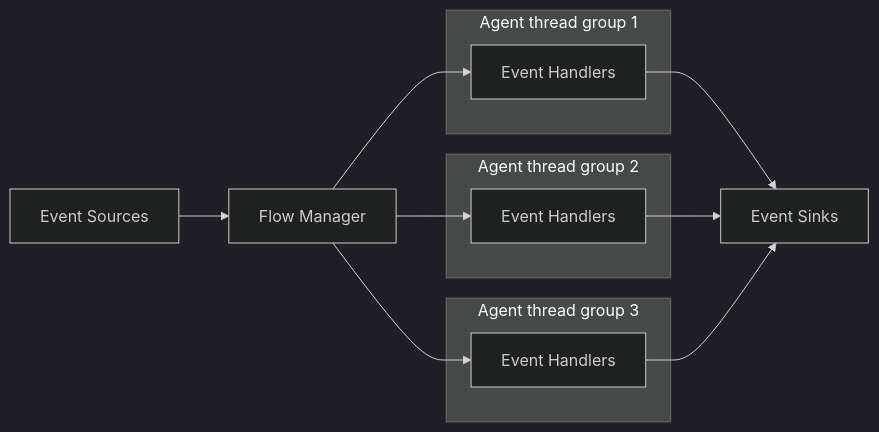
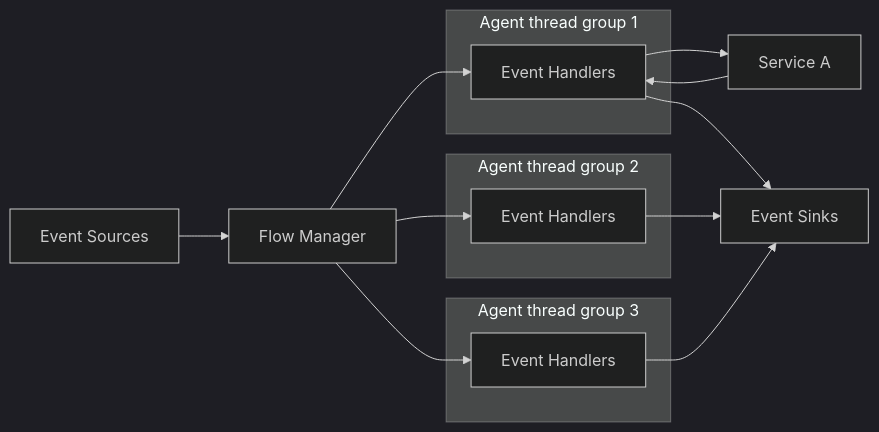
One commit to gregv12/fluxtion-server changed the first of 2 diagrams in docs/guide/overview.md. Above: the diagram before and after it, drawn with Mermaid (dark theme). The commit also changed 1 other file, not shown here.

Commit message:
update: enhance event handler tutorial with flow diagram and improve formatting consistency in documentation

````diff
--- a/docs/guide/overview.md
+++ b/docs/guide/overview.md
@@ -8,20 +8,22 @@
 ```mermaid
 graph LR
 ES[Event Sources] --> FM[Flow Manager]
+SVCA[Service A] --> EH1
+EH1 --> SVCA
 FM --> EH1[Event Handlers]
 FM --> EH2[Event Handlers]
 FM --> EH3[Event Handlers]
 EH1 --> ESK[Event Sinks]
 EH2 --> ESK[Event Sinks]
 EH3 --> ESK[Event Sinks]
 
     subgraph "Agent thread group 1"
         EH1
     end
     subgraph "Agent thread group 2"
         EH2
     end
     subgraph "Agent thread group 3"
         EH3
     end
 ```
````
